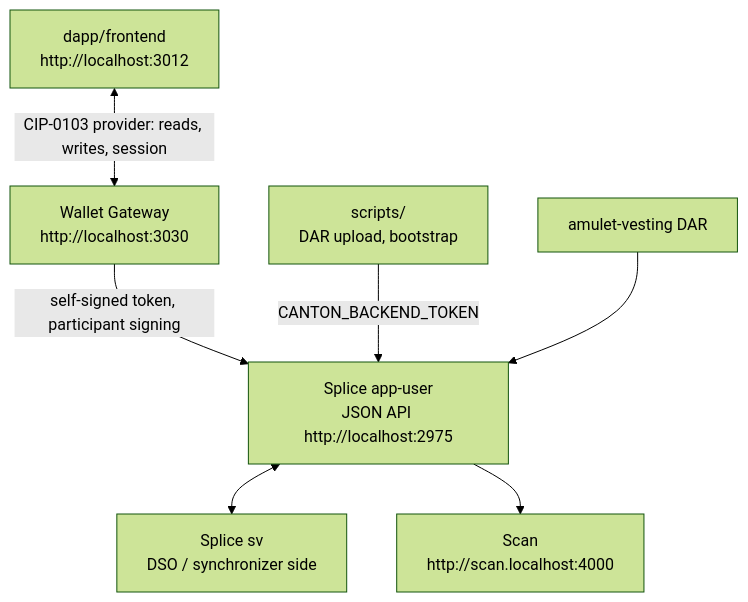
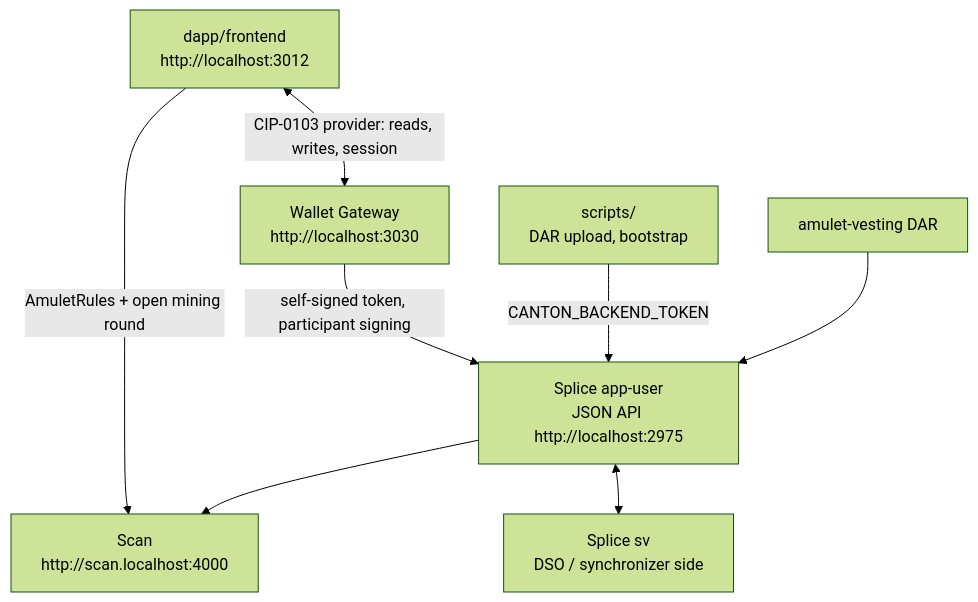
Before and after one commit to BootNodeDev/canton-dappbooster: the diagram in architecture.md, drawn with Mermaid (forest theme). The commit also changed other lines of this file and 4 other files, not shown here.

````diff
--- a/architecture.md
+++ b/architecture.md
@@ -23,17 +23,18 @@
 ```mermaid
 flowchart TD
   fe["dapp/frontend<br/>http://localhost:3012"]
   gw["Wallet Gateway<br/>http://localhost:3030"]
   au["Splice app-user<br/>JSON API http://localhost:2975"]
   sv["Splice sv<br/>DSO / synchronizer side"]
   scan["Scan<br/>http://scan.localhost:4000"]
   dar["amulet-vesting DAR"]
   scripts["scripts/<br/>DAR upload, bootstrap"]
 
+  fe -->|"AmuletRules + open mining round"| scan
   fe <-->|"CIP-0103 provider: reads, writes, session"| gw
   gw -->|"self-signed token, participant signing"| au
   scripts -->|"CANTON_BACKEND_TOKEN"| au
   au <--> sv
   au --> scan
   dar --> au
 ```
````
